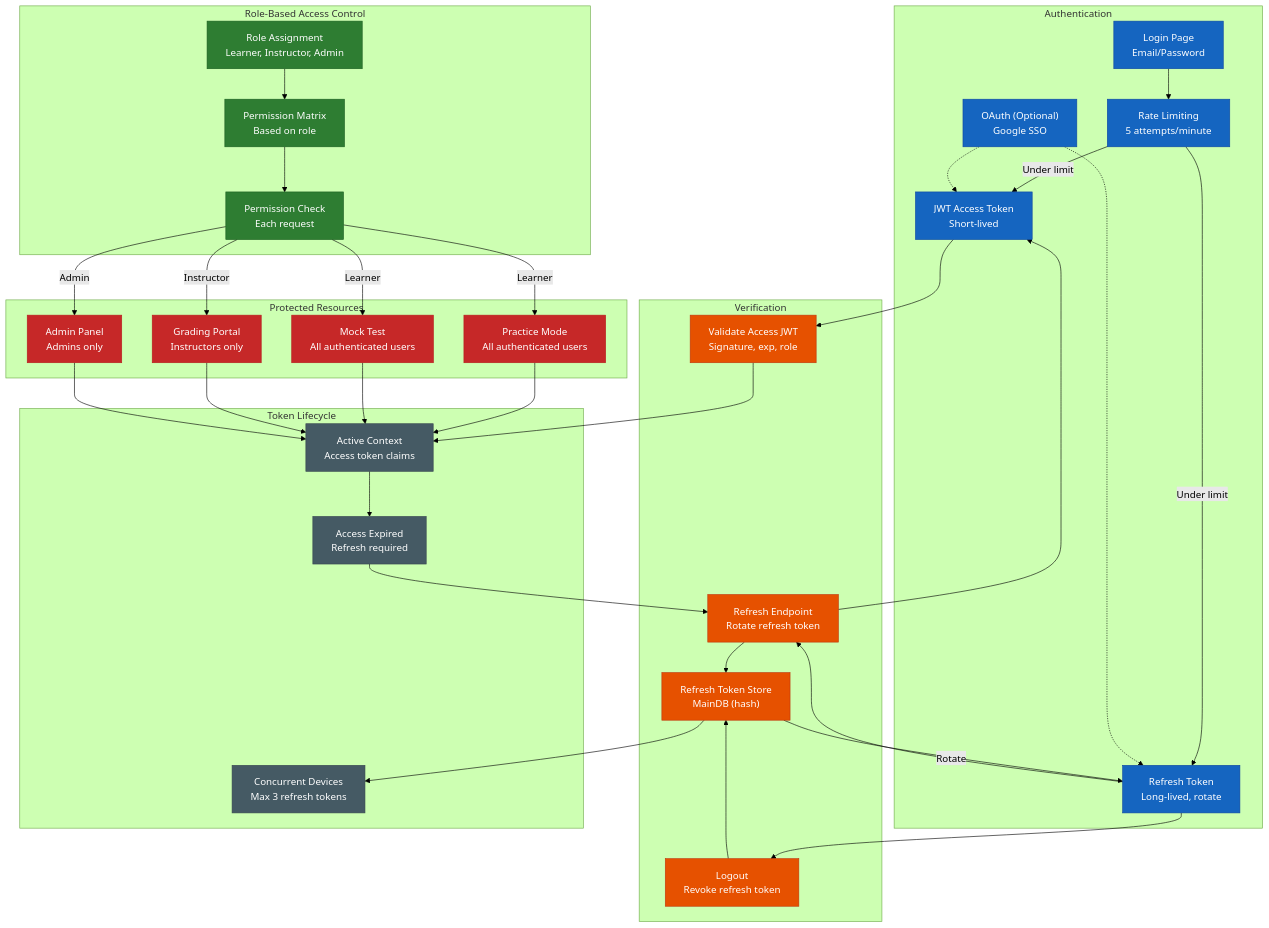
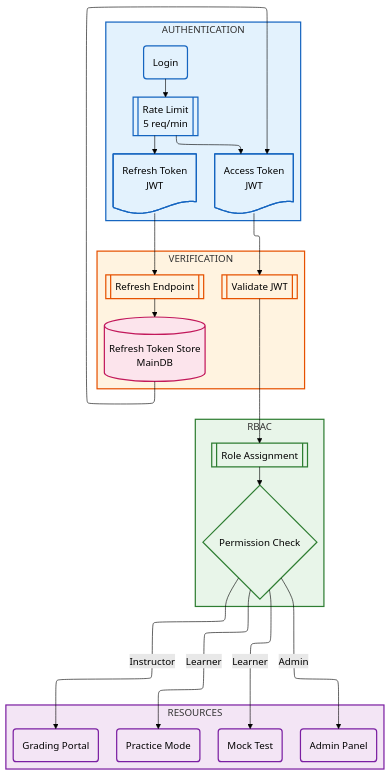
Diagram 11 of 12 in docs/capstone/diagrams/flow-diagrams.vi.md (nghyane/VSTEP), drawn with Mermaid (forest theme) before and after one commit. The commit also changed other lines of this file, not shown here.

First line of the commit message:
refactor(docs): update flow diagrams to Mermaid v11

````diff
--- a/docs/capstone/diagrams/flow-diagrams.vi.md
+++ b/docs/capstone/diagrams/flow-diagrams.vi.md
@@ -1073,81 +659,53 @@
 ```mermaid
+---
+config:
+  layout: elk
+---
 flowchart TB
-    subgraph Auth ["Authentication"]
-        Login["Login Page<br/>Email/Password"]
-        OAuth["OAuth (Optional)<br/>Google SSO"]
-        RateLimit["Rate Limiting<br/>5 attempts/minute"]
-        AccessToken["JWT Access Token<br/>Short-lived"]
-        RefreshToken["Refresh Token<br/>Long-lived, rotate"]
+    subgraph Auth["AUTHENTICATION"]
+        Login@{ shape: rounded, label: "Login" }
+        Rate@{ shape: fr-rect, label: "Rate Limit<br/>5 req/min" }
+        Access@{ shape: doc, label: "Access Token<br/>JWT" }
+        Refresh@{ shape: doc, label: "Refresh Token<br/>JWT" }
     end
 
-    subgraph Verify ["Verification"]
-        ValidateAccess["Validate Access JWT<br/>Signature, exp, role"]
-        Refresh["Refresh Endpoint<br/>Rotate refresh token"]
-        RefreshStore["Refresh Token Store<br/>MainDB (hash)"]
-        Logout["Logout<br/>Revoke refresh token"]
+    subgraph Verify["VERIFICATION"]
+        Validate@{ shape: fr-rect, label: "Validate JWT" }
+        RefreshEp@{ shape: fr-rect, label: "Refresh Endpoint" }
+        Store@{ shape: cyl, label: "Refresh Token Store<br/>MainDB" }
     end
 
-    subgraph RBAC ["Role-Based Access Control"]
-        Roles["Role Assignment<br/>Learner, Instructor, Admin"]
-        Permissions["Permission Matrix<br/>Based on role"]
-        Check["Permission Check<br/>Each request"]
+    subgraph RBAC["RBAC"]
+        Roles@{ shape: fr-rect, label: "Role Assignment" }
+        Check@{ shape: diam, label: "Permission Check" }
     end
 
-    subgraph Protected ["Protected Resources"]
-        PracticeRes["Practice Mode<br/>All authenticated users"]
-        MockRes["Mock Test<br/>All authenticated users"]
-        GradingRes["Grading Portal<br/>Instructors only"]
-        AdminRes["Admin Panel<br/>Admins only"]
+    subgraph Resources["RESOURCES"]
+        direction LR
+        Practice@{ shape: rounded, label: "Practice Mode" }
+        Mock@{ shape: rounded, label: "Mock Test" }
+        Grading@{ shape: rounded, label: "Grading Portal" }
+        Admin@{ shape: rounded, label: "Admin Panel" }
     end
 
-    subgraph Tokens ["Token Lifecycle"]
-        Active["Active Context<br/>Access token claims"]
-        AccessExp["Access Expired<br/>Refresh required"]
-        Concurrent["Concurrent Devices<br/>Max 3 refresh tokens"]
-    end
+    Login --> Rate --> Access & Refresh
+    Access --> Validate
+    Refresh --> RefreshEp --> Store --> Access
+    
+    Validate --> Roles --> Check
+    Check -->|"Learner"| Practice & Mock
+    Check -->|"Instructor"| Grading
+    Check -->|"Admin"| Admin
 
-    Login --> RateLimit
-    RateLimit -->|"Under limit"| AccessToken
-    RateLimit -->|"Under limit"| RefreshToken
-    OAuth -.-> AccessToken
-    OAuth -.-> RefreshToken
+    classDef auth fill:#e3f2fd,stroke:#1565c0,stroke-width:2px
+    classDef verify fill:#fff3e0,stroke:#e65100,stroke-width:2px
+    classDef rbac fill:#e8f5e9,stroke:#2e7d32,stroke-width:2px
+    classDef resources fill:#f3e5f5,stroke:#7b1fa2,stroke-width:2px
+    classDef data fill:#fce4ec,stroke:#c2185b,stroke-width:2px
 
-    AccessToken --> ValidateAccess
-    ValidateAccess --> Active
-    Active --> AccessExp
-    AccessExp --> Refresh
-
-    RefreshToken --> Refresh
-    Refresh --> RefreshStore
-    RefreshStore -->|"Rotate"| RefreshToken
-    Refresh --> AccessToken
-    RefreshStore --> Concurrent
-
-    RefreshToken --> Logout
-    Logout --> RefreshStore
-
-    Roles --> Permissions
-    Permissions --> Check
-    Check -->|"Learner"| PracticeRes
-    Check -->|"Learner"| MockRes
-    Check -->|"Instructor"| GradingRes
-    Check -->|"Admin"| AdminRes
-
-    PracticeRes --> Active
-    MockRes --> Active
-    GradingRes --> Active
-    AdminRes --> Active
-
-    classDef auth fill:#1565c0,stroke:#0d47a1,color:#fff
-    classDef verify fill:#e65100,stroke:#bf360c,color:#fff
-    classDef rbac fill:#2e7d32,stroke:#1b5e20,color:#fff
-    classDef permissions fill:#c62828,stroke:#b71c1c,color:#fff
-    classDef resources fill:#6a1b9a,stroke:#4a148c,color:#fff
-    classDef session fill:#455a64,stroke:#37474f,color:#fff
-
-    class Login,OAuth,RateLimit,AccessToken,RefreshToken auth
-    class ValidateAccess,Refresh,RefreshStore,Logout verify
-    class Roles,Permissions,Check rbac
-    class PracticeRes,MockRes,GradingRes,AdminRes permissions
-    class Active,AccessExp,Concurrent session
+    class Auth,Login,Rate,Access,Refresh auth
+    class Verify,Validate,RefreshEp verify
+    class RBAC,Roles,Check rbac
+    class Resources,Practice,Mock,Grading,Admin resources
+    class Store data
 ```
````
